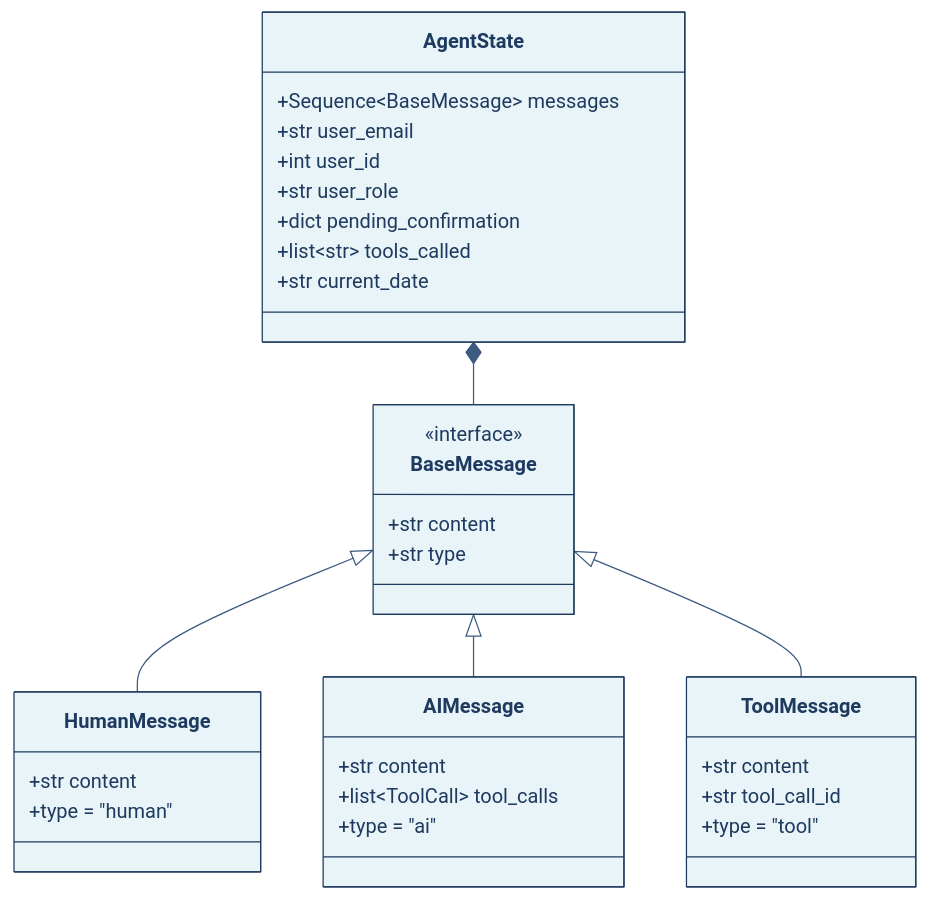
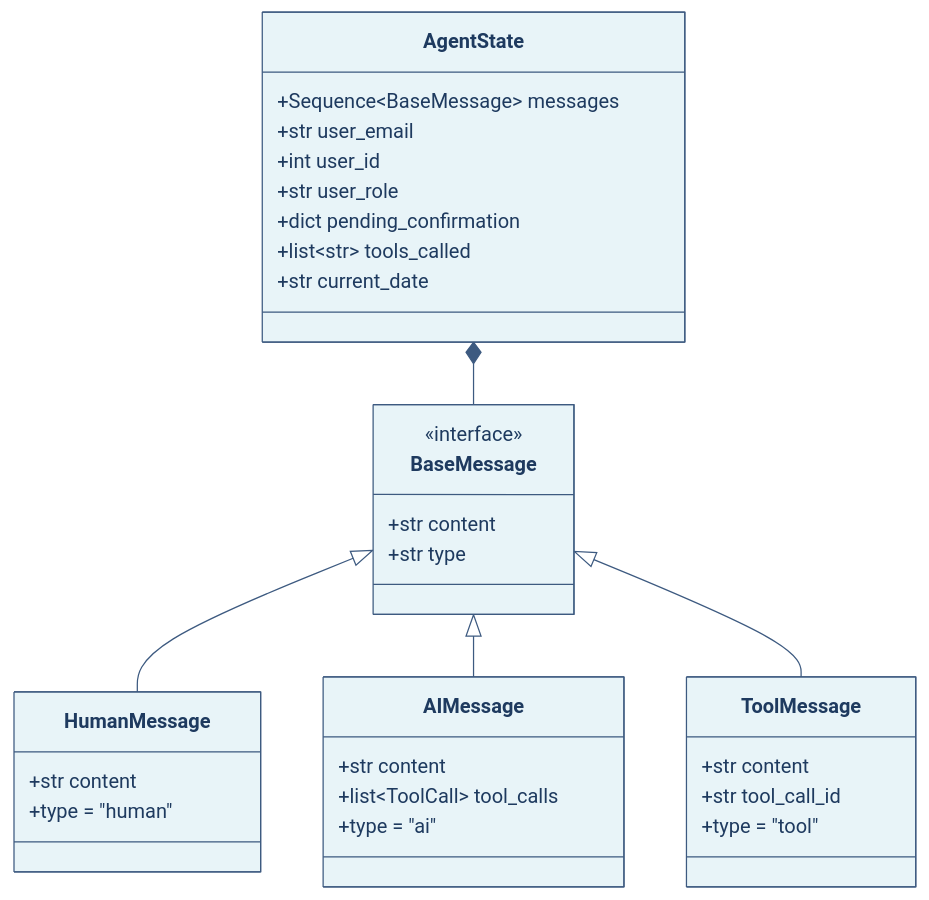
The third of 5 diagrams in ARCHITECTURE.md (ruthvik-jeev/hr-agent), drawn with Mermaid before and after one commit. The commit also changed other lines of this file and 2 other files, not shown here.

First line of the commit message:
fix: use light backgrounds for all diagram nodes and improve contrast

````diff
--- a/ARCHITECTURE.md
+++ b/ARCHITECTURE.md
@@ -164,52 +166,54 @@
 ```mermaid
 %%{init: {
   'theme': 'base',
   'themeVariables': {
     'primaryColor': '#e8f4f8',
     'primaryTextColor': '#1e3a5f',
-    'primaryBorderColor': '#1e3a5f',
+    'primaryBorderColor': '#3d5a80',
     'lineColor': '#3d5a80',
     'textColor': '#1e3a5f',
-    'classText': '#1e3a5f'
+    'classText': '#1e3a5f',
+    'nodeBkg': '#e8f4f8',
+    'mainBkg': '#e8f4f8'
   }
 }}%%
 
 classDiagram
     class AgentState {
         +Sequence~BaseMessage~ messages
         +str user_email
         +int user_id
         +str user_role
         +dict pending_confirmation
         +list~str~ tools_called
         +str current_date
     }
     
     class BaseMessage {
         <<interface>>
         +str content
         +str type
     }
     
     class HumanMessage {
         +str content
         +type = "human"
     }
     
     class AIMessage {
         +str content
         +list~ToolCall~ tool_calls
         +type = "ai"
     }
     
     class ToolMessage {
         +str content
         +str tool_call_id
         +type = "tool"
     }
     
     BaseMessage <|-- HumanMessage
     BaseMessage <|-- AIMessage
     BaseMessage <|-- ToolMessage
     AgentState *-- BaseMessage
 ```
````
